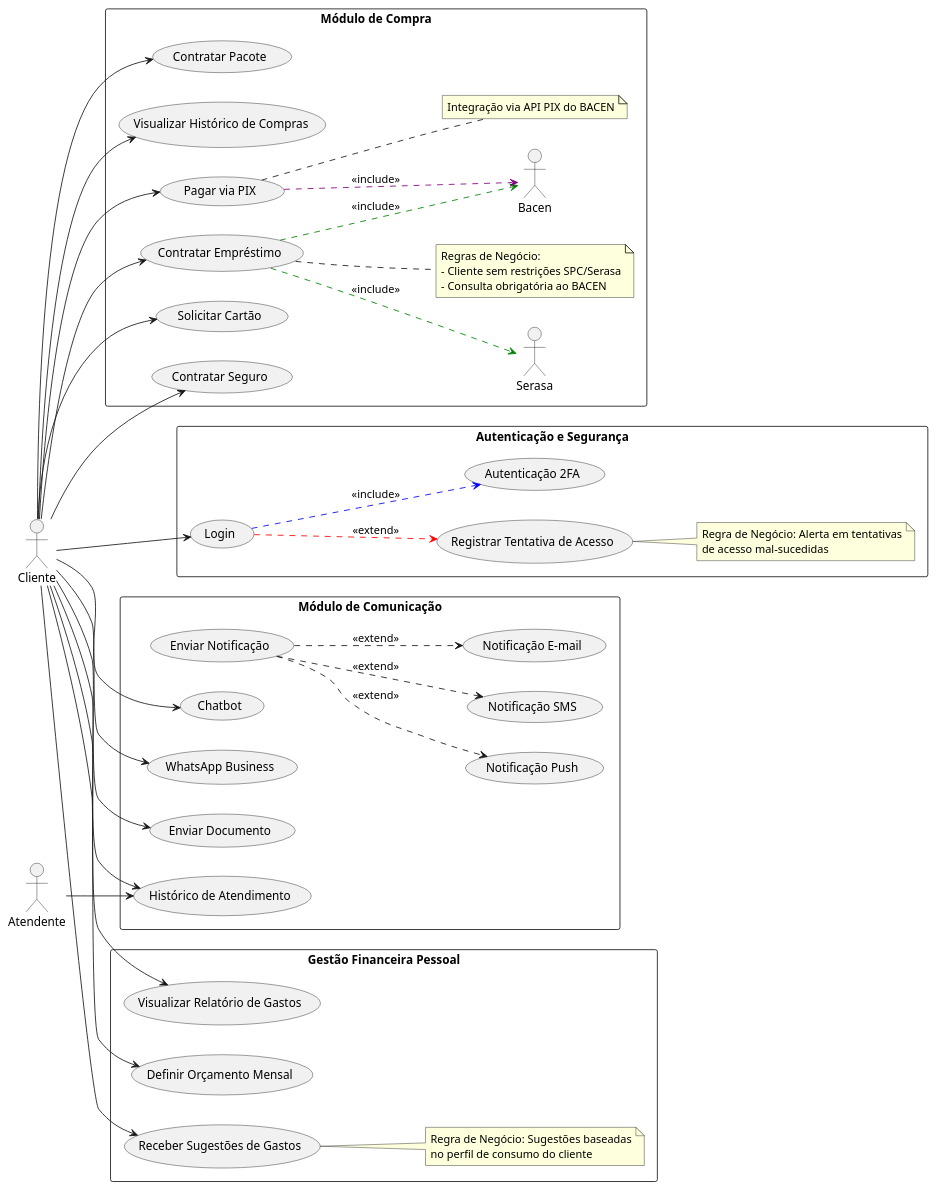
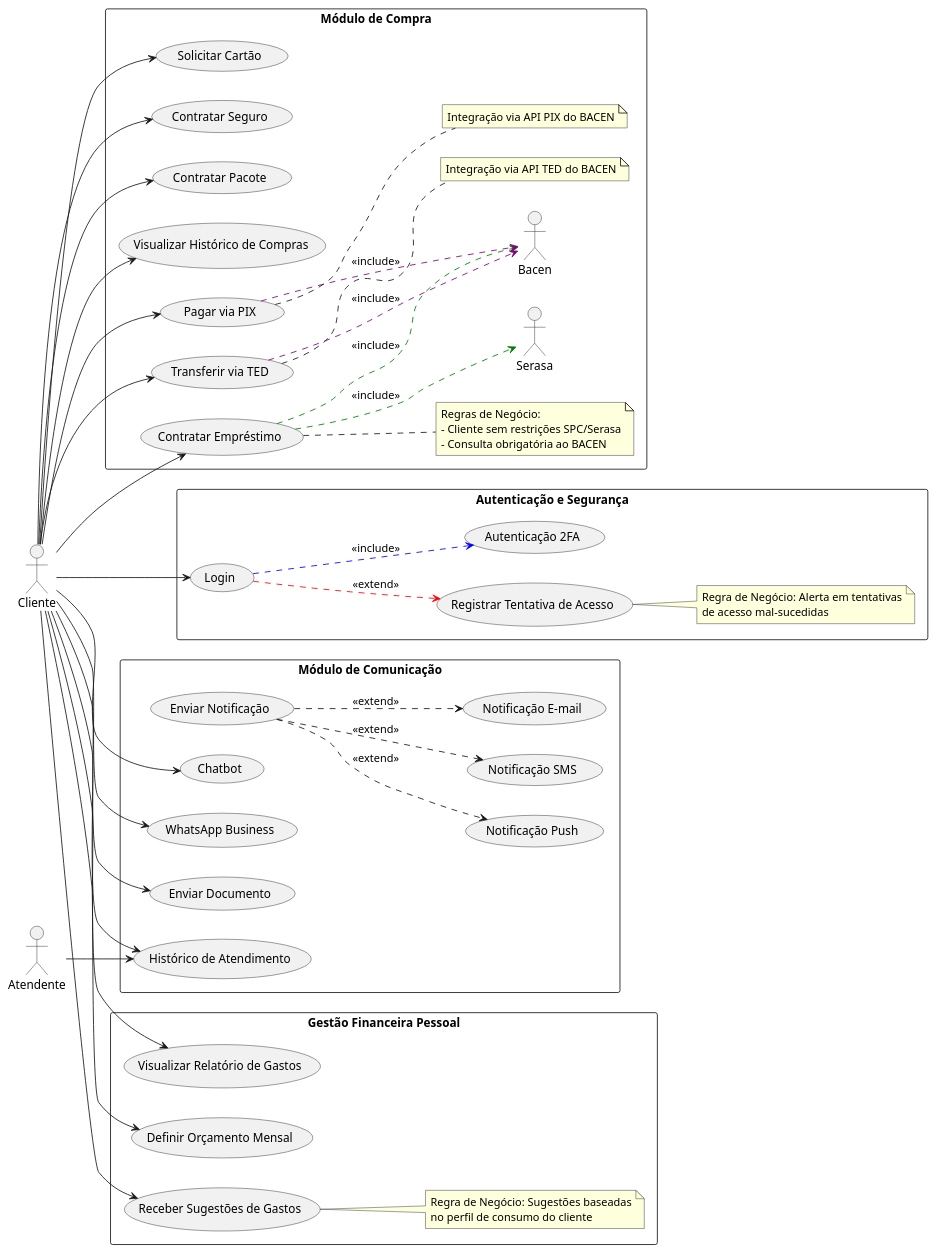
Before and after one commit to Jphn/vitta-next: the diagram in casos-de-uso/index.puml, drawn with PlantUML. The commit also changed 6 other files, not shown here.

```diff
--- a/casos-de-uso/index.puml
+++ b/casos-de-uso/index.puml
@@ -1,92 +1,99 @@
 @startuml Casos de Uso
 left to right direction
 skinparam packageStyle rectangle
 
 actor Cliente
 actor Atendente
 
 ' Pacote: Módulo de Compra
 package "Módulo de Compra" {
   usecase "Contratar Empréstimo"             as UC_Emprestimo
   usecase "Solicitar Cartão"                  as UC_Cartao
   usecase "Contratar Seguro"                  as UC_Seguro
   usecase "Contratar Pacote"                  as UC_Pacote
   usecase "Visualizar Histórico de Compras"    as UC_HistCompras
   usecase "Pagar via PIX"                     as UC_PIX
+  usecase "Transferir via TED"                     as UC_TED
 
   Cliente --> UC_Emprestimo
   Cliente --> UC_Cartao
   Cliente --> UC_Seguro
   Cliente --> UC_Pacote
   Cliente --> UC_HistCompras
   Cliente --> UC_PIX
+  Cliente --> UC_TED
 
   UC_Emprestimo .[#green].> Serasa          : <<include>>
   UC_Emprestimo .[#green].> Bacen           : <<include>>
   note right of UC_Emprestimo
     Regras de Negócio:
     - Cliente sem restrições SPC/Serasa
     - Consulta obrigatória ao BACEN
   end note
 
   UC_PIX .[#purple].> Bacen                   : <<include>>
   note right of UC_PIX
     Integração via API PIX do BACEN
+  end note
+
+  UC_TED .[#purple].> Bacen                   : <<include>>
+  note right of UC_TED
+    Integração via API TED do BACEN
   end note
 }
 
 ' Pacote: Autenticação e Segurança
 package "Autenticação e Segurança" {
   usecase "Login"                           as UC_Login
   usecase "Autenticação 2FA"               as UC_2FA
   usecase "Registrar Tentativa de Acesso"   as UC_RegistroAcesso
 
   Cliente --> UC_Login
   UC_Login .[#blue].> UC_2FA                 : <<include>>
   UC_Login .[#red].> UC_RegistroAcesso       : <<extend>>
   note right of UC_RegistroAcesso
     Regra de Negócio: Alerta em tentativas
     de acesso mal-sucedidas
   end note
 }
 
 ' Pacote: Módulo de Comunicação
 package "Módulo de Comunicação" {
   usecase "Enviar Notificação"              as UC_Notif
   usecase "Notificação Push"                as UC_Push
   usecase "Notificação SMS"                 as UC_SMS
   usecase "Notificação E-mail"              as UC_Email
   usecase "Chatbot"                         as UC_Chatbot
   usecase "WhatsApp Business"               as UC_Zap
   usecase "Histórico de Atendimento"        as UC_HistAtend
   usecase "Enviar Documento"                as UC_EnvDoc
 
   Cliente --> UC_Chatbot
   Cliente --> UC_Zap
   Cliente --> UC_HistAtend
   Cliente --> UC_EnvDoc
 
   UC_Notif ..> UC_Push                       : <<extend>>
   UC_Notif ..> UC_SMS                        : <<extend>>
   UC_Notif ..> UC_Email                      : <<extend>>
 
   Atendente --> UC_HistAtend
 }
 
 ' Pacote: Gestão Financeira Pessoal
 package "Gestão Financeira Pessoal" {
   usecase "Visualizar Relatório de Gastos"   as UC_RelGastos
   usecase "Definir Orçamento Mensal"         as UC_OrcMensal
   usecase "Receber Sugestões de Gastos"      as UC_Sugestao
 
   Cliente --> UC_RelGastos
   Cliente --> UC_OrcMensal
   Cliente --> UC_Sugestao
 
   note right of UC_Sugestao
     Regra de Negócio: Sugestões baseadas
     no perfil de consumo do cliente
   end note
 }
 
 @enduml
```
